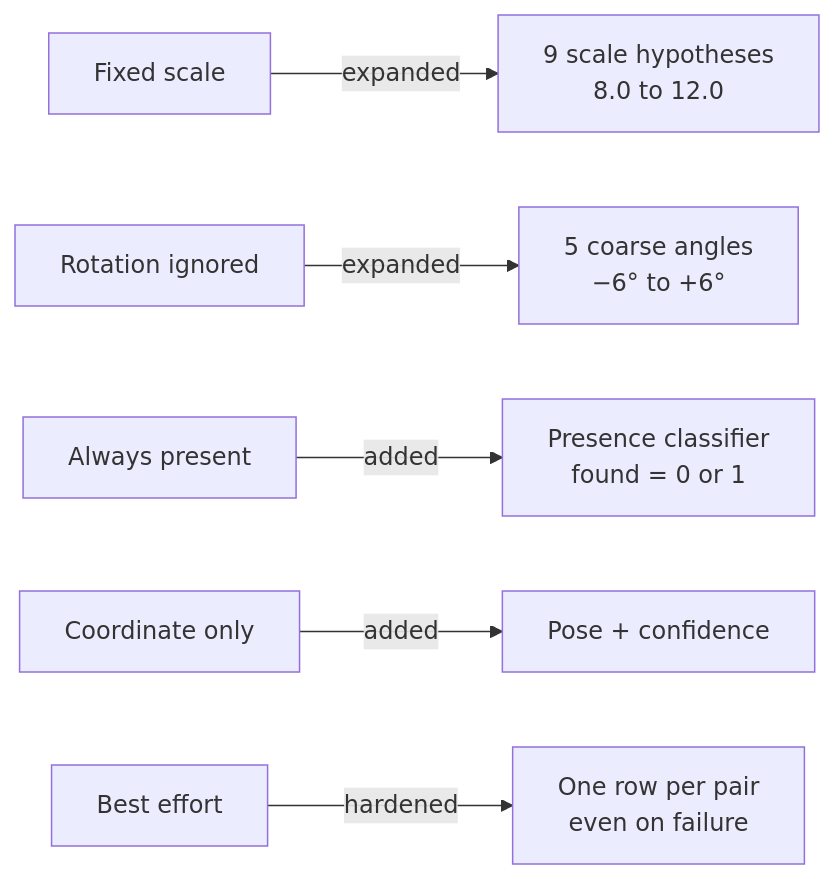
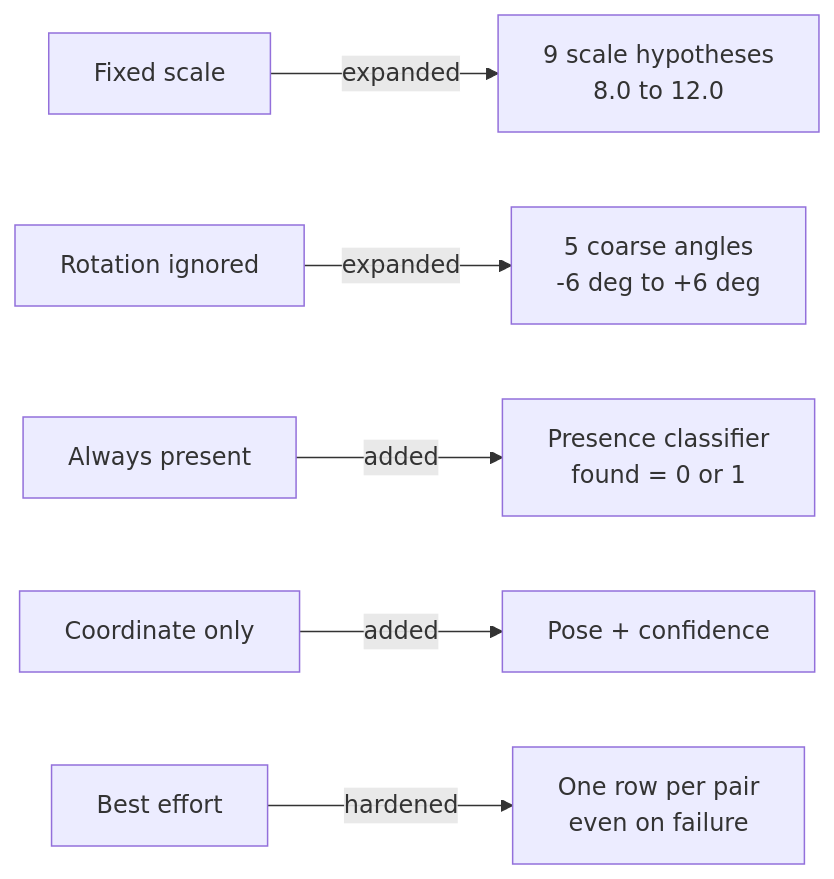
One commit to RHUDHRESH/LatticeRank-SEMICON-2026 changed the third of 14 diagrams in docs/V1_VS_V2.md. Above: the diagram before and after it, drawn with Mermaid. The commit also changed other lines of this file and 24 other files, not shown here.

````diff
--- a/docs/V1_VS_V2.md
+++ b/docs/V1_VS_V2.md
@@ -93,8 +99,8 @@
 ```mermaid
 flowchart LR
     A["Fixed scale"] -- "expanded" --> B["9 scale hypotheses<br/>8.0 to 12.0"]
-    C["Rotation ignored"] -- "expanded" --> D["5 coarse angles<br/>−6° to +6°"]
+    C["Rotation ignored"] -- "expanded" --> D["5 coarse angles<br/>-6 deg to +6 deg"]
     E["Always present"] -- "added" --> F["Presence classifier<br/>found = 0 or 1"]
     G["Coordinate only"] -- "added" --> H["Pose + confidence"]
     I["Best effort"] -- "hardened" --> J["One row per pair<br/>even on failure"]
 ```
````
